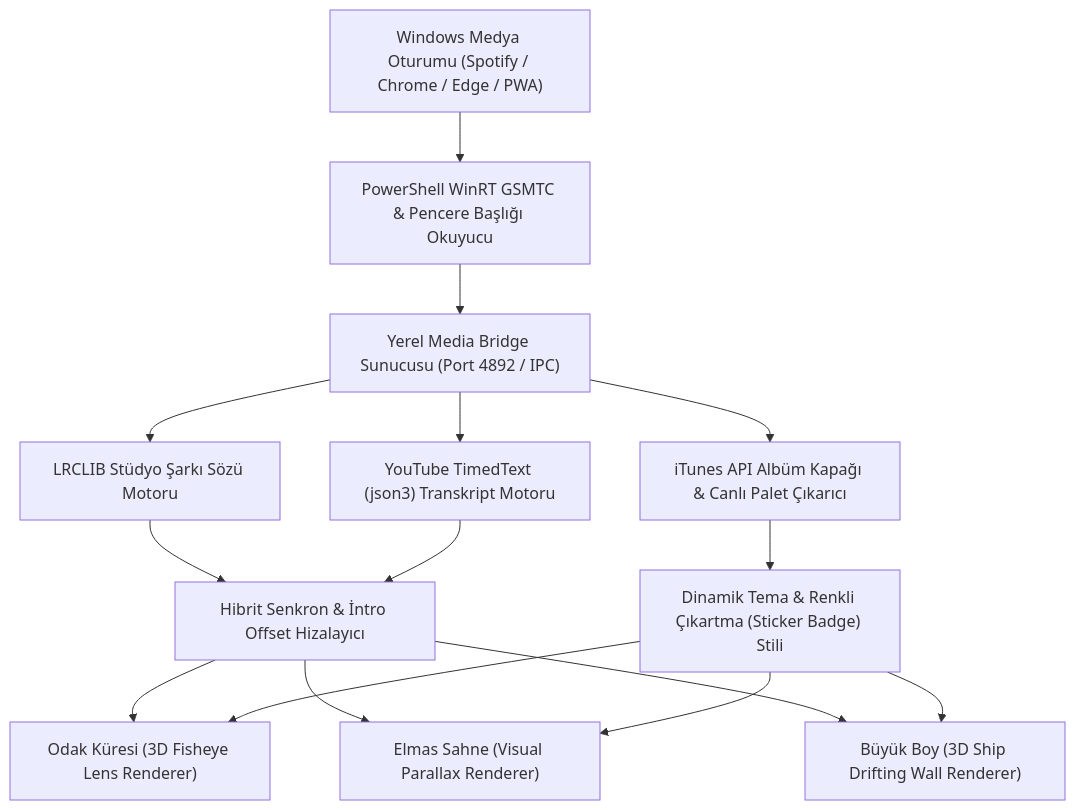
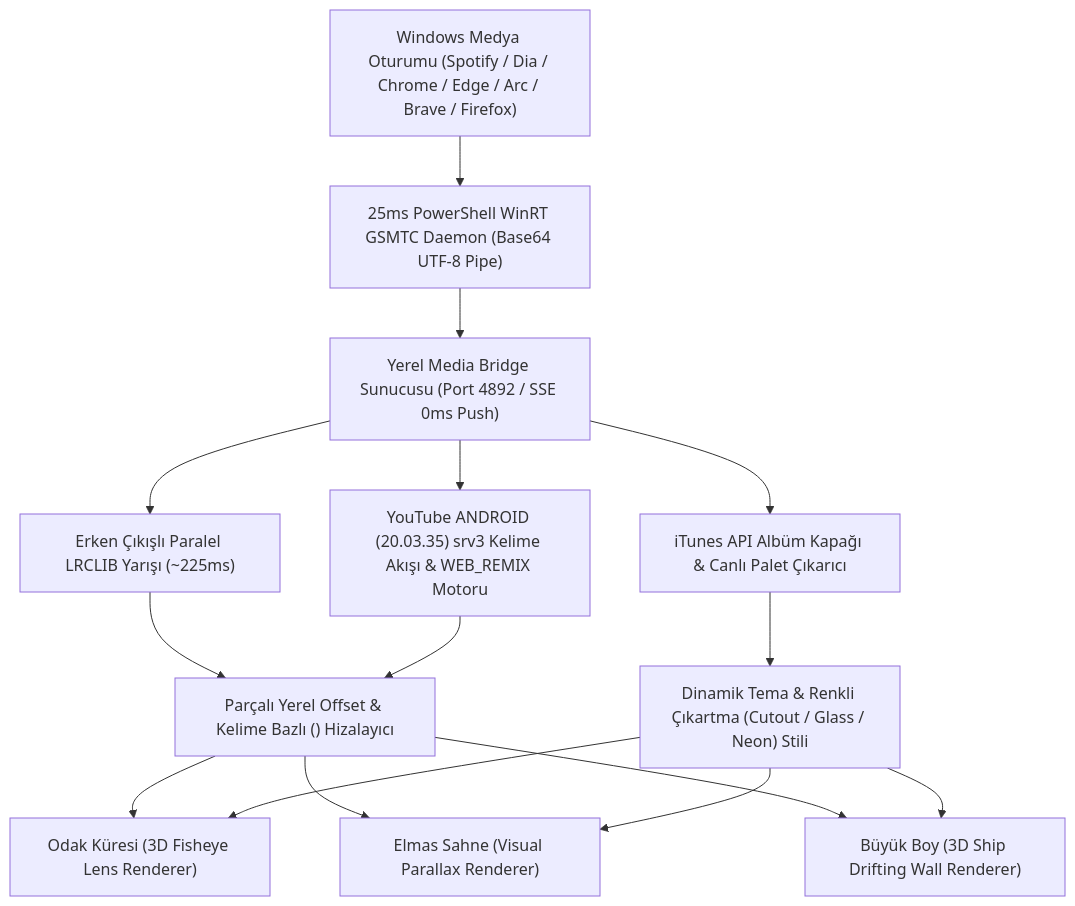
The diagram in README.md (omerfys/Lyricfy), drawn with Mermaid before and after one commit. The commit also changed other lines of this file, not shown here.

Commit message:
docs(readme): update README with 5-layer YouTube Music ANDROID srv3 engine, 25ms GSMTC loop & 225ms parallel race

````diff
--- a/README.md
+++ b/README.md
@@ -107,18 +107,18 @@
 ```mermaid
 flowchart TD
-    A["Windows Medya Oturumu (Spotify / Chrome / Edge / PWA)"] --> B["PowerShell WinRT GSMTC & Pencere Başlığı Okuyucu"]
-    B --> C["Yerel Media Bridge Sunucusu (Port 4892 / IPC)"]
+    A["Windows Medya Oturumu (Spotify / Dia / Chrome / Edge / Arc / Brave / Firefox)"] --> B["25ms PowerShell WinRT GSMTC Daemon (Base64 UTF-8 Pipe)"]
+    B --> C["Yerel Media Bridge Sunucusu (Port 4892 / SSE 0ms Push)"]
     
-    C --> D1["LRCLIB Stüdyo Şarkı Sözü Motoru"]
-    C --> D2["YouTube TimedText (json3) Transkript Motoru"]
+    C --> D1["Erken Çıkışlı Paralel LRCLIB Yarışı (~225ms)"]
+    C --> D2["YouTube ANDROID (20.03.35) srv3 Kelime Akışı & WEB_REMIX Motoru"]
     C --> D3["iTunes API Albüm Kapağı & Canlı Palet Çıkarıcı"]
     
-    D1 & D2 --> E["Hibrit Senkron & İntro Offset Hizalayıcı"]
+    D1 & D2 --> E["Parçalı Yerel Offset & Kelime Bazlı (<mm:ss.xx>) Hizalayıcı"]
     
     E --> F1["Odak Küresi (3D Fisheye Lens Renderer)"]
     E --> F2["Elmas Sahne (Visual Parallax Renderer)"]
     E --> F3["Büyük Boy (3D Ship Drifting Wall Renderer)"]
     
-    D3 --> G["Dinamik Tema & Renkli Çıkartma (Sticker Badge) Stili"]
+    D3 --> G["Dinamik Tema & Renkli Çıkartma (Cutout / Glass / Neon) Stili"]
     G --> F1 & F2 & F3
 ```
````
